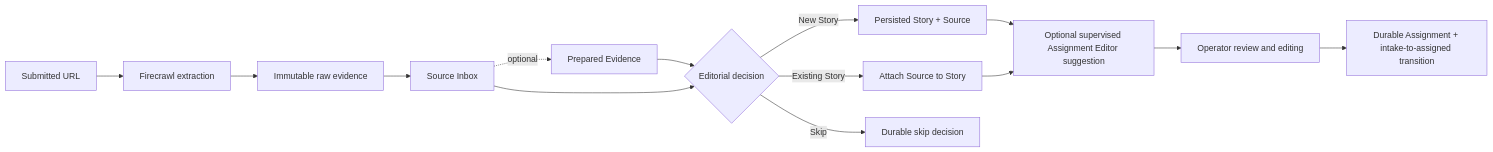
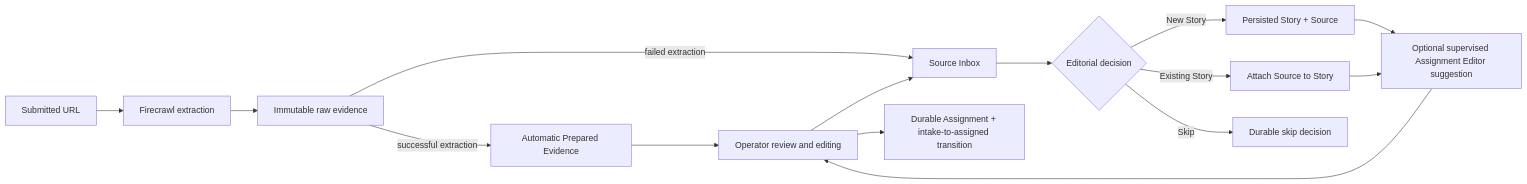
Before and after one commit to BlackSwampAI/StoryRail: the diagram in README.md, drawn with Mermaid. The commit also changed other lines of this file and 26 other files, not shown here.

First line of the commit message:
feat: integrate Source evidence intake (#34)

````diff
--- a/README.md
+++ b/README.md
@@ -35,16 +35,17 @@
 ```mermaid
 flowchart LR
     URL[Submitted URL] --> FC[Firecrawl extraction]
     FC --> RAW[Immutable raw evidence]
-    RAW --> INBOX[Source Inbox]
-    INBOX -. optional .-> PREP[Prepared Evidence]
-    PREP --> DECIDE{Editorial decision}
-    INBOX --> DECIDE
+    RAW -->|successful extraction| PREP[Automatic Prepared Evidence]
+    RAW -->|failed extraction| INBOX[Source Inbox]
+    PREP --> REVIEW[Evidence review]
+    REVIEW --> INBOX
+    INBOX --> DECIDE{Editorial decision}
     DECIDE -->|New Story| NEW[Persisted Story + Source]
     DECIDE -->|Existing Story| EXISTING[Attach Source to Story]
     DECIDE -->|Skip| SKIP[Durable skip decision]
     NEW --> PROPOSE[Optional supervised Assignment Editor suggestion]
     EXISTING --> PROPOSE
     PROPOSE --> REVIEW[Operator review and editing]
     REVIEW --> ASSIGN[Durable Assignment + intake-to-assigned transition]
 ```
````
